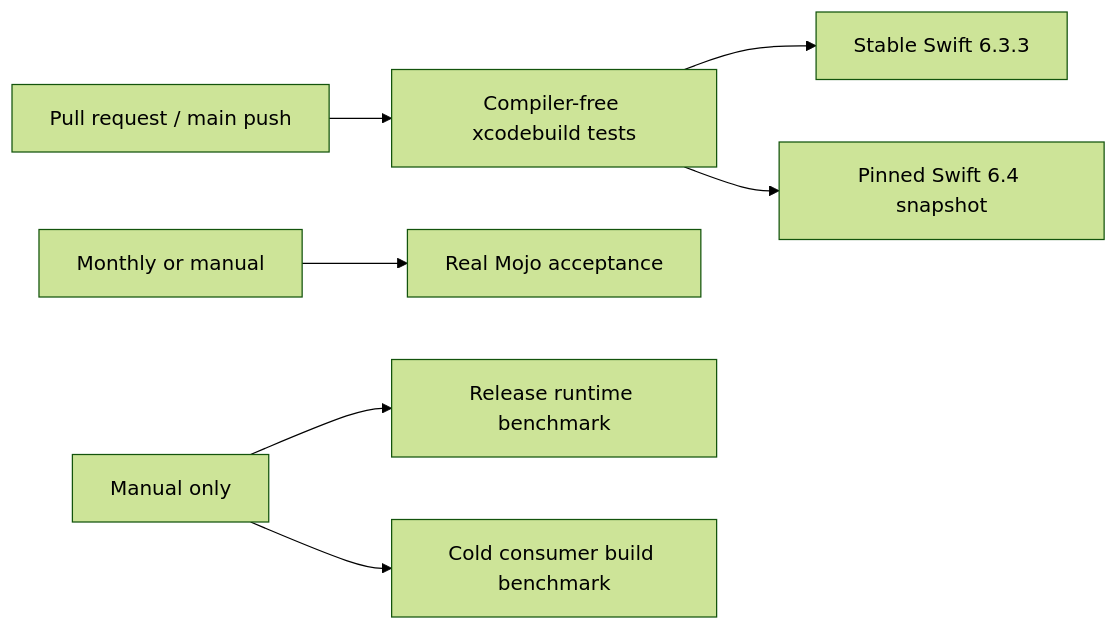
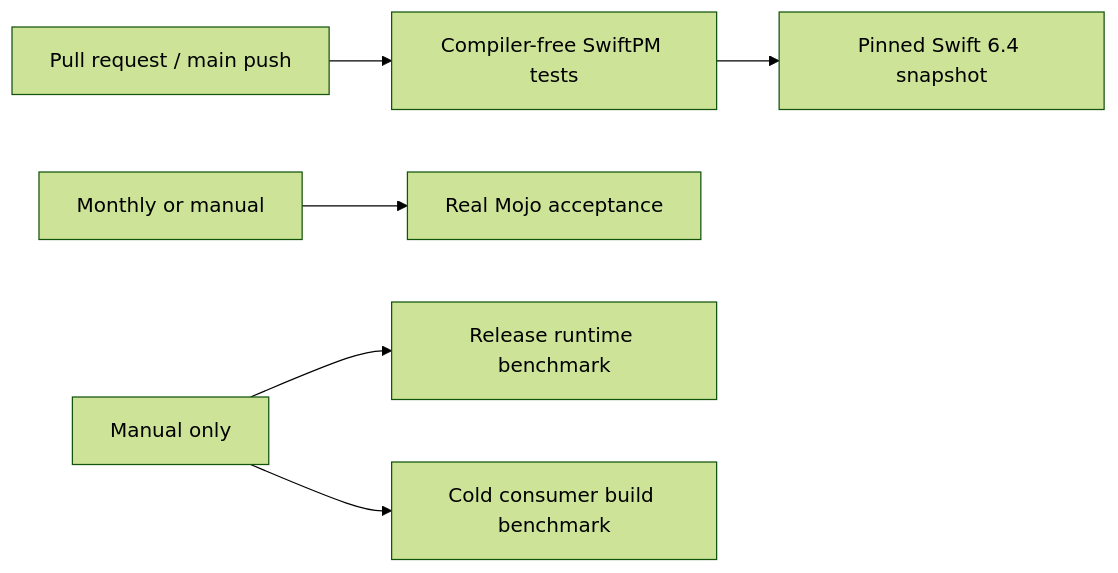
One commit to 1amageek/swift-mojo changed the diagram in docs/TOOLCHAINS.md. Above: the diagram before and after it, drawn with Mermaid (forest theme). The commit also changed other lines of this file and 5 other files, not shown here.

````diff
--- a/docs/TOOLCHAINS.md
+++ b/docs/TOOLCHAINS.md
@@ -25,9 +26,8 @@
 ```mermaid
 flowchart LR
-    PR["Pull request / main push"] --> C["Compiler-free xcodebuild tests"]
-    C --> S["Stable Swift 6.3.3"]
+    PR["Pull request / main push"] --> C["Compiler-free SwiftPM tests"]
     C --> N["Pinned Swift 6.4 snapshot"]
     M["Monthly or manual"] --> A["Real Mojo acceptance"]
     B["Manual only"] --> P["Release runtime benchmark"]
     B --> D["Cold consumer build benchmark"]
 ```
````
